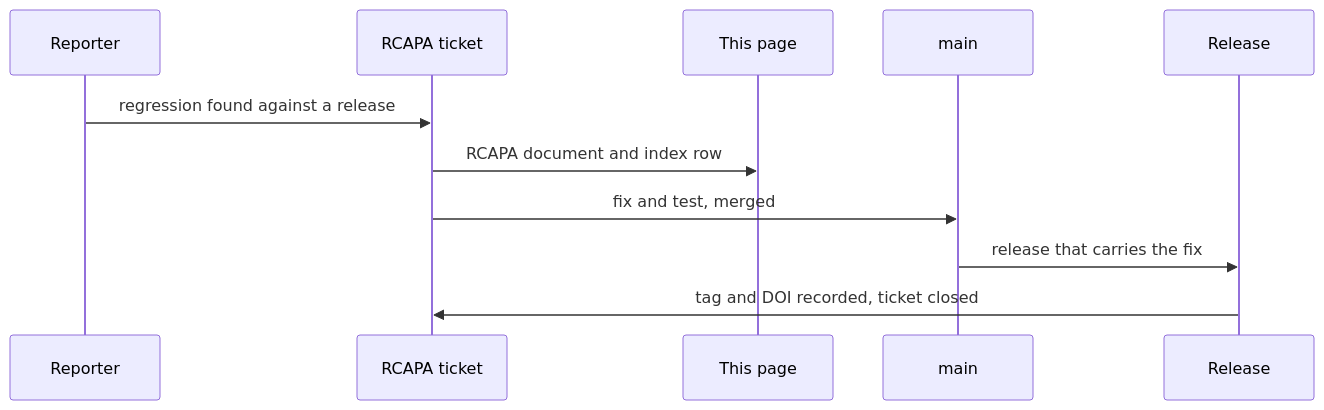
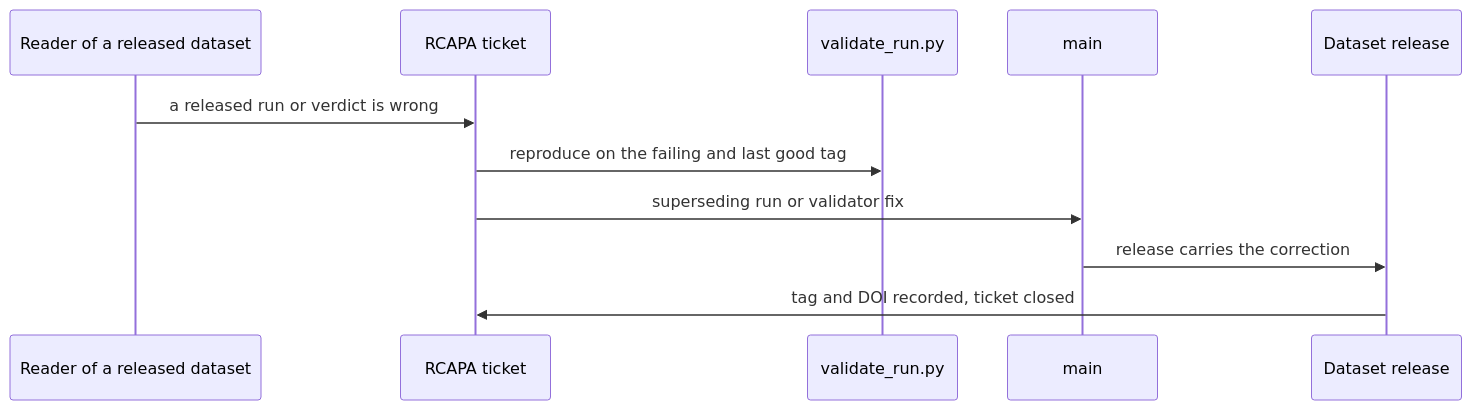
One commit to swarm-routing/benchmarks changed the diagram in docs/rcapa/README.md. Above: the diagram before and after it, drawn with Mermaid. The commit also changed other lines of this file, not shown here.

First line of the commit message:
docs(rcapa): this project's rcapa flow (#122)

````diff
--- a/docs/rcapa/README.md
+++ b/docs/rcapa/README.md
@@ -29,13 +38,13 @@
 ```mermaid
 sequenceDiagram
-    participant U as Reporter
+    participant U as Reader of a released dataset
     participant T as RCAPA ticket
-    participant D as This page
+    participant V as validate_run.py
     participant M as main
-    participant R as Release
-    U->>T: regression found against a release
-    T->>D: RCAPA document and index row
-    T->>M: fix and test, merged
-    M->>R: release that carries the fix
+    participant R as Dataset release
+    U->>T: a released run or verdict is wrong
+    T->>V: reproduce on the failing and last good tag
+    T->>M: superseding run or validator fix
+    M->>R: release carries the correction
     R->>T: tag and DOI recorded, ticket closed
 ```
````
